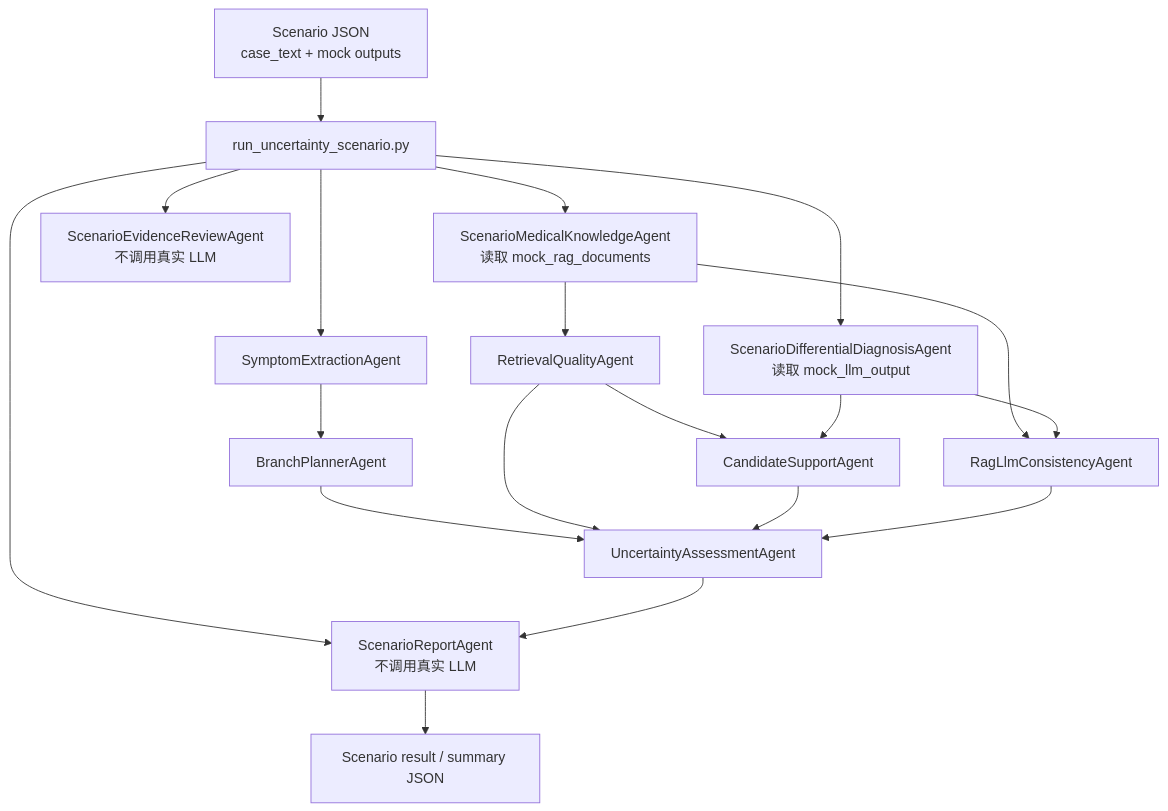
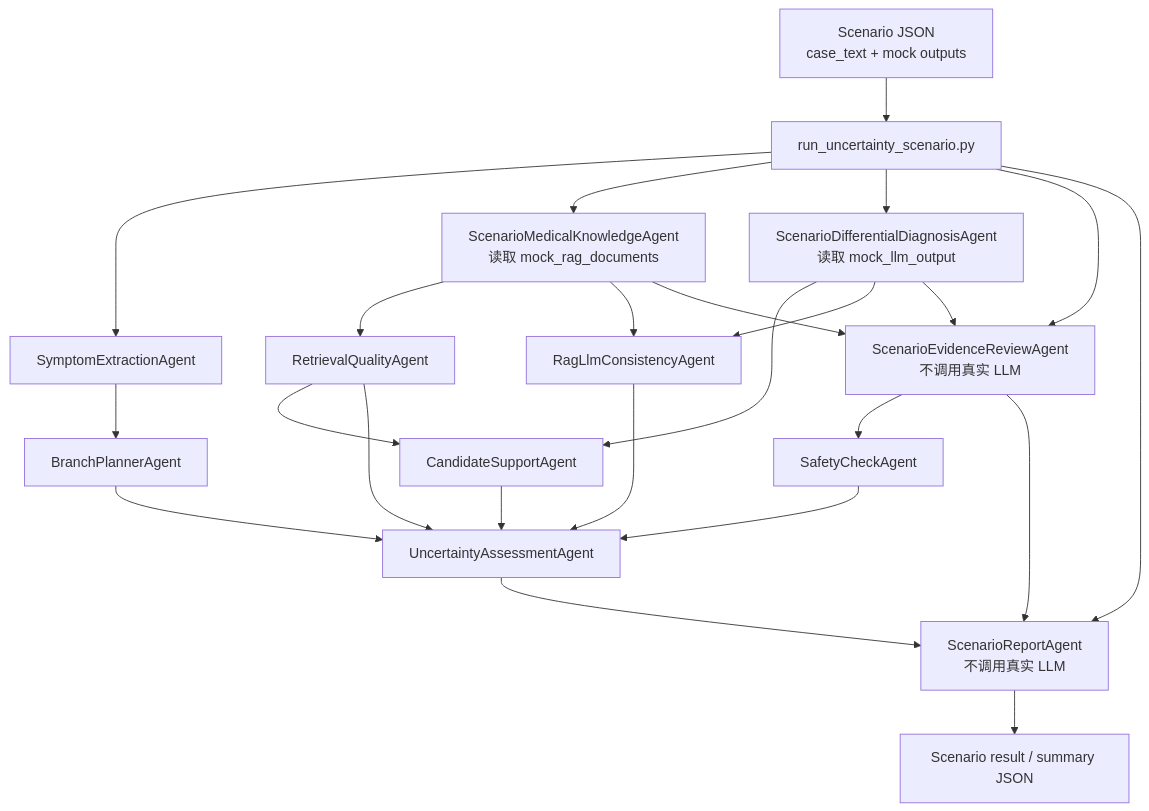
The third of 3 diagrams in README.md (whytomato/healthcare), drawn with Mermaid before and after one commit. The commit also changed other lines of this file and 17 other files, not shown here.

````diff
--- a/README.md
+++ b/README.md
@@ -77,23 +77,28 @@
 ```mermaid
 flowchart TD
     Scenario[Scenario JSON<br/>case_text + mock outputs] --> Runner[run_uncertainty_scenario.py]
     Runner --> SX[SymptomExtractionAgent]
     SX --> BP[BranchPlannerAgent]
 
     Runner --> SMK[ScenarioMedicalKnowledgeAgent<br/>读取 mock_rag_documents]
     Runner --> SDD[ScenarioDifferentialDiagnosisAgent<br/>读取 mock_llm_output]
     Runner --> SER[ScenarioEvidenceReviewAgent<br/>不调用真实 LLM]
     Runner --> SRP[ScenarioReportAgent<br/>不调用真实 LLM]
 
     SMK --> RQ[RetrievalQualityAgent]
     RQ --> CS[CandidateSupportAgent]
     SDD --> CS
     SMK --> RC[RagLlmConsistencyAgent]
     SDD --> RC
+    SMK --> SER
+    SDD --> SER
+    SER --> SCS[SafetyCheckAgent]
     BP --> UA[UncertaintyAssessmentAgent]
     RQ --> UA
     CS --> UA
     RC --> UA
+    SCS --> UA
+    SER --> SRP
     UA --> SRP
     SRP --> Output[Scenario result / summary JSON]
 ```
````
